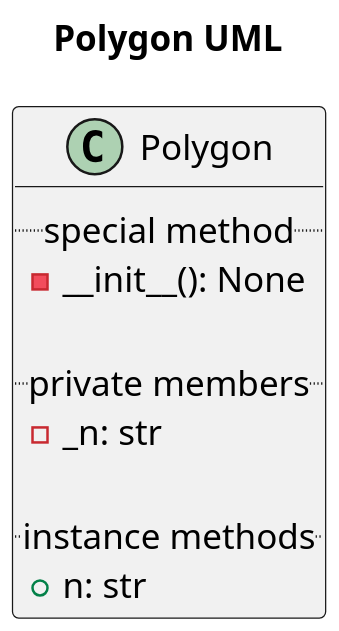
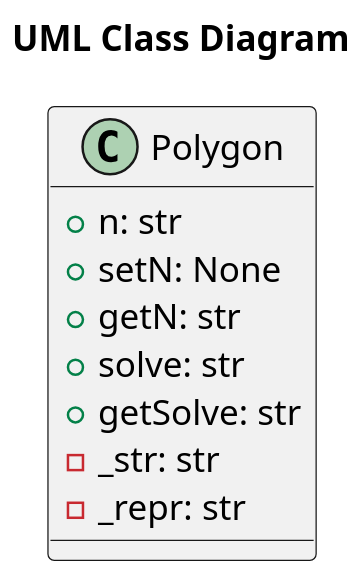
Before and after one commit to teldrynsero/OOP-cmarcial2: the diagram in objects/uml/polygon.plantuml, drawn with PlantUML. The commit also changed 13 other files, not shown here.

```diff
--- a/objects/uml/polygon.plantuml
+++ b/objects/uml/polygon.plantuml
@@ -1,16 +1,14 @@
-@startuml
+@startuml polygon
 scale 2
-title Polygon UML
-
+title "UML Class Diagram"
 class Polygon
 {
-    .. special method ..
-    - __init__(): None
-
-    .. private members ..
-    - _n: str
-
-    .. instance methods ..
     + n: str
+    + setN: None
+    + getN: str
+    + solve: str
+    + getSolve: str
+    -_str: str
+    -_repr: str
 }
 @enduml
```
